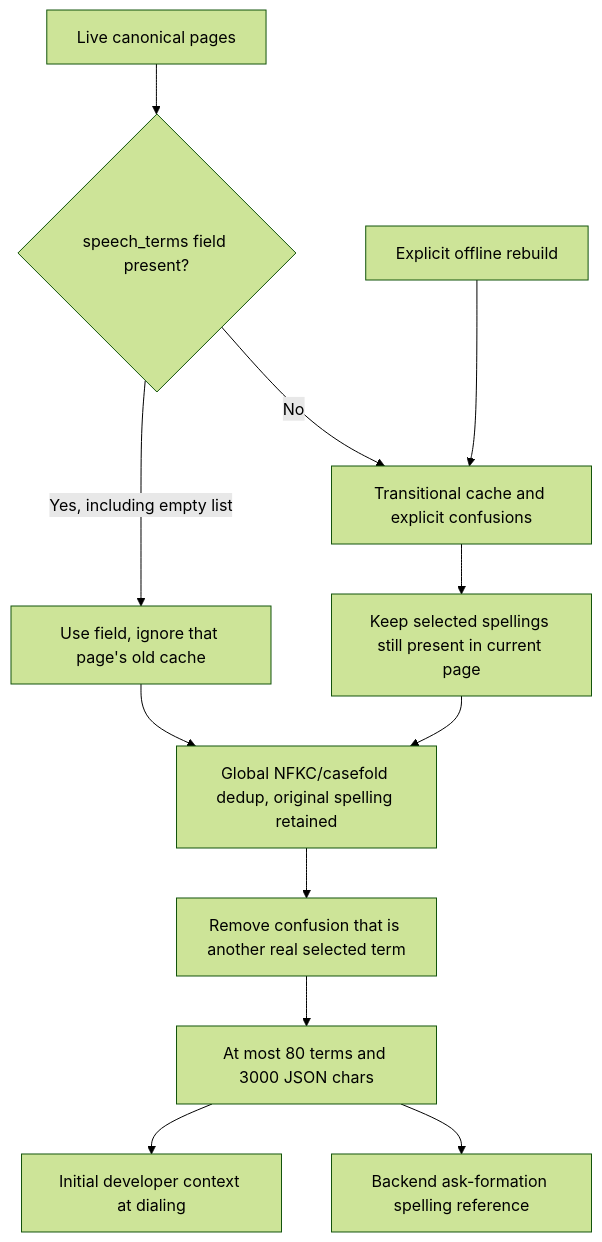
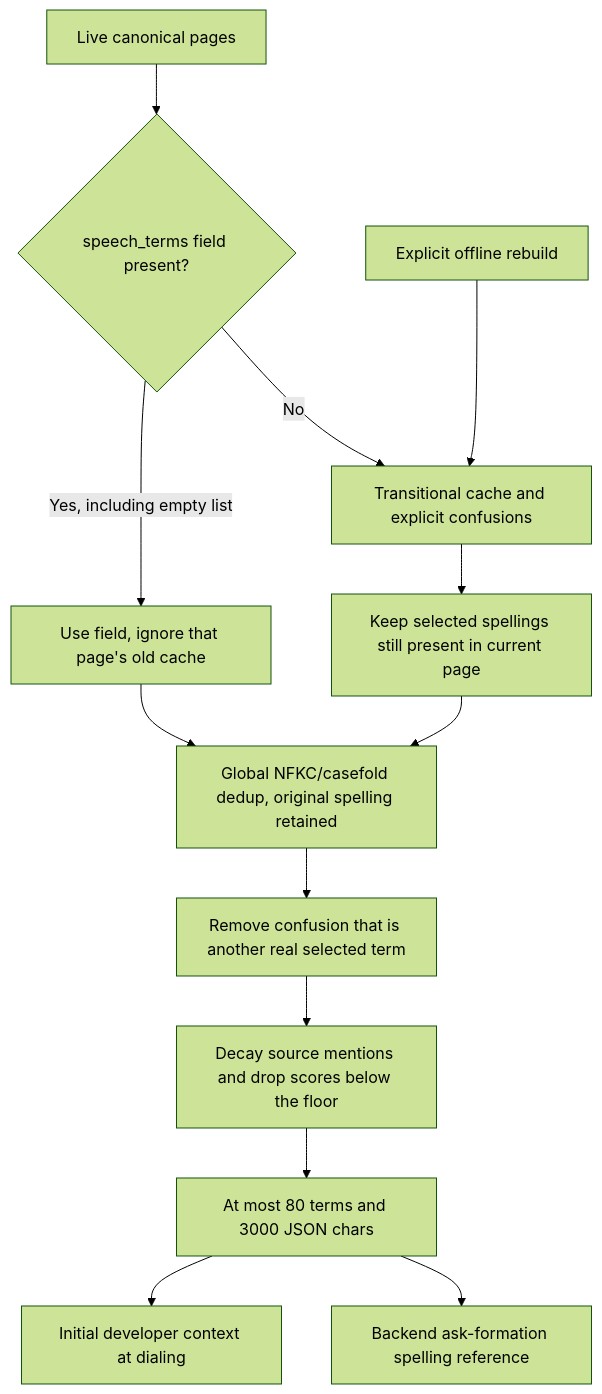
The ninth of 9 diagrams in docs/design/voice-call-implementation.md (pandazki/pneuma-knowledge-compiler), drawn with Mermaid (forest theme) before and after one commit. The commit also changed other lines of this file and 9 other files, not shown here.

````diff
--- a/docs/design/voice-call-implementation.md
+++ b/docs/design/voice-call-implementation.md
@@ -475,14 +475,15 @@
 ```mermaid
 flowchart TD
     A[Live canonical pages] --> B{speech_terms field present?}
     B -->|Yes, including empty list| C[Use field, ignore that page's old cache]
     B -->|No| D[Transitional cache and explicit confusions]
     D --> E[Keep selected spellings still present in current page]
     C --> F[Global NFKC/casefold dedup, original spelling retained]
     E --> F
     F --> G[Remove confusion that is another real selected term]
-    G --> H[At most 80 terms and 3000 JSON chars]
+    G --> R[Decay source mentions and drop scores below the floor]
+    R --> H[At most 80 terms and 3000 JSON chars]
     H --> I[Initial developer context at dialing]
     H --> J[Backend ask-formation spelling reference]
     K[Explicit offline rebuild] --> D
 ```
````
